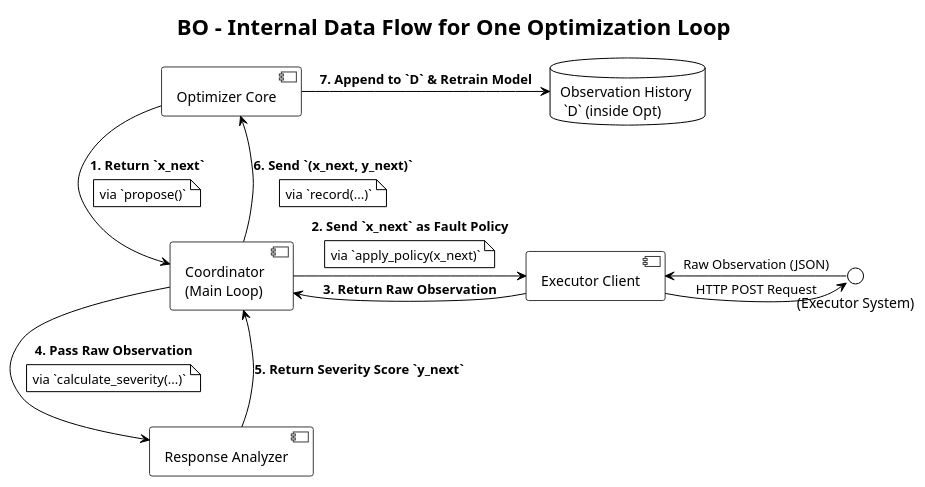
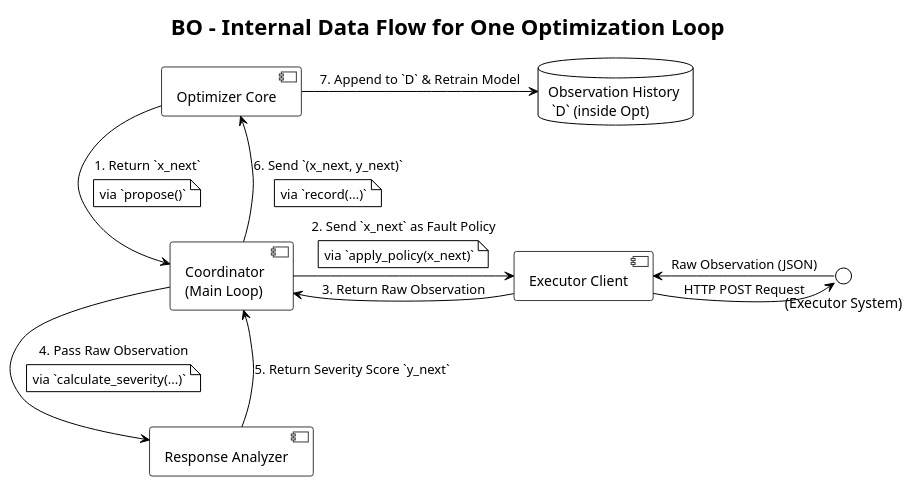
Before and after one commit to kalahetun/Minesweeper: the first of 4 diagrams in recommender/docs/design_doc/Design.md, drawn with PlantUML. The commit also changed other lines of this file and 27 other files, not shown here.

````diff
--- a/recommender/docs/design_doc/Design.md
+++ b/recommender/docs/design_doc/Design.md
@@ -255,47 +256,47 @@
 ```plantuml
 @startuml
 !theme plain
 skinparam rectangle {
     BorderColor #3A3A3A
     BackgroundColor #F0F0F0
 }
 skinparam component {
     BorderColor #3A3A3A
 }
 
 title BO - Internal Data Flow for One Optimization Loop
 
 component "Coordinator \n(Main Loop)" as Coord
 component "Optimizer Core" as Opt
 component "Response Analyzer" as Analyzer
 component "Executor Client" as ExecClient
 
 database "Observation History \n `D` (inside Opt)" as History
 
 Opt -[hidden]- Coord
 Coord -[hidden]- Analyzer
 
 ' Start of the loop
-Opt -> Coord: **1. Return `x_next`**
+Opt -> Coord: 1. Return `x_next`
 note on link: via `propose()`
 
-Coord -> ExecClient: **2. Send `x_next` as Fault Policy**
+Coord -> ExecClient: 2. Send `x_next` as Fault Policy
 note on link: via `apply_policy(x_next)`
 
 ExecClient -> "(Executor System)": HTTP POST Request
 "(Executor System)" -> ExecClient: Raw Observation (JSON)
 
-ExecClient -> Coord: **3. Return Raw Observation**
+ExecClient -> Coord: 3. Return Raw Observation
 
-Coord -> Analyzer: **4. Pass Raw Observation**
+Coord -> Analyzer: 4. Pass Raw Observation
 note on link: via `calculate_severity(...)`
 
-Analyzer -> Coord: **5. Return Severity Score `y_next`**
+Analyzer -> Coord: 5. Return Severity Score `y_next`
 
-Coord -> Opt: **6. Send `(x_next, y_next)`**
+Coord -> Opt: 6. Send `(x_next, y_next)`
 note on link: via `record(...)`
 
-Opt -> History: **7. Append to `D` & Retrain Model**
+Opt -> History: 7. Append to `D` & Retrain Model
 
 @enduml
 ```
````
